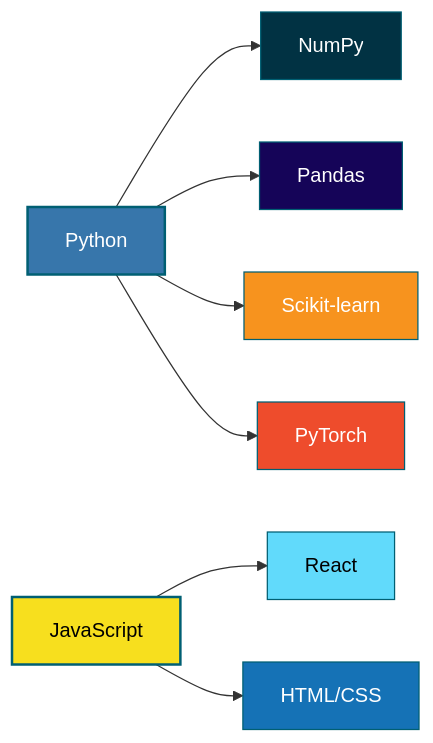
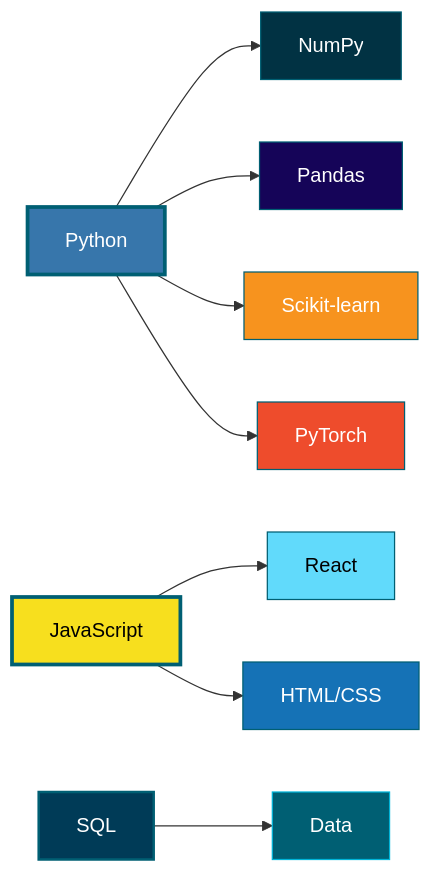
The diagram in README.md (Thedarkiin/Thedarkiin), drawn with Mermaid before and after one commit. The commit also changed other lines of this file, not shown here.

````diff
--- a/README.md
+++ b/README.md
@@ -20,19 +41,23 @@
 ```mermaid
 graph LR
     A["Python"] --> B["NumPy"]
     A --> C["Pandas"]
     A --> D["Scikit-learn"]
     A --> E["PyTorch"]
     
     F["JavaScript"] --> G["React"]
     F --> H["HTML/CSS"]
     
-    style A fill:#3776AB,stroke:#005f73,color:#fff,stroke-width:2px
+    I["SQL"] --> J["Data"]
+    
+    style A fill:#3776AB,stroke:#005f73,color:#fff,stroke-width:3px
     style B fill:#013243,stroke:#005f73,color:#fff
     style C fill:#150458,stroke:#005f73,color:#fff
     style D fill:#F7931E,stroke:#005f73,color:#fff
     style E fill:#EE4C2C,stroke:#005f73,color:#fff
-    style F fill:#F7DF1E,stroke:#005f73,color:#000,stroke-width:2px
+    style F fill:#F7DF1E,stroke:#005f73,color:#000,stroke-width:3px
     style G fill:#61DAFB,stroke:#005f73,color:#000
     style H fill:#1572B6,stroke:#005f73,color:#fff
+    style I fill:#003B57,stroke:#005f73,color:#fff,stroke-width:2px
+    style J fill:#005f73,stroke:#00B4D8,color:#fff
 ```
````
